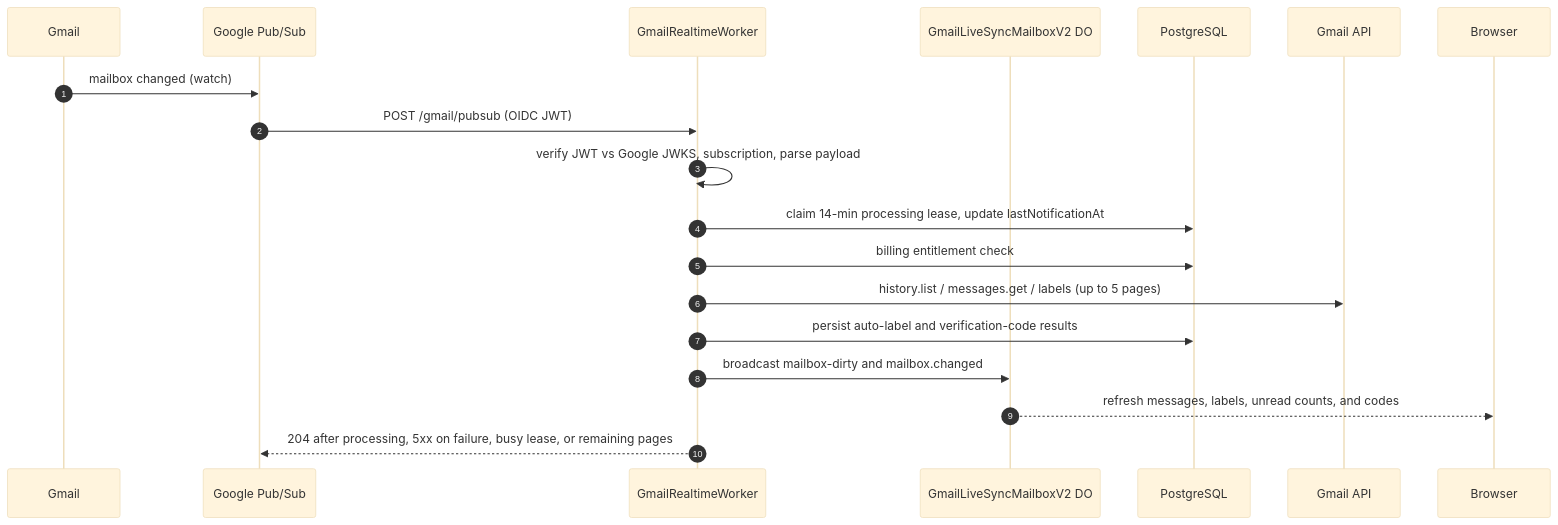
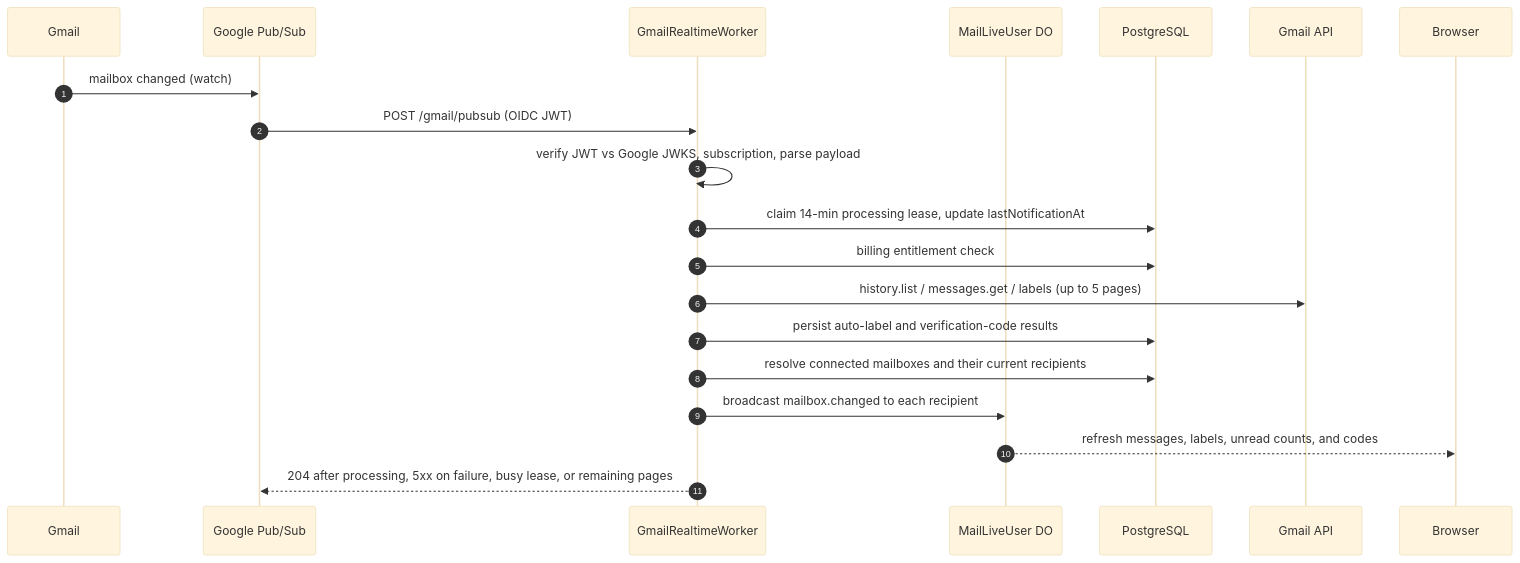
One commit to quieter-email/quieter changed the second of 6 diagrams in docs/infrastructure-map.md. Above: the diagram before and after it, drawn with Mermaid (base theme). The commit also changed other lines of this file and 13 other files, not shown here.

Commit message:
fix(mail): retire unauthorized legacy live-sync subscriptions (#450)

````diff
--- a/docs/infrastructure-map.md
+++ b/docs/infrastructure-map.md
@@ -153,22 +153,23 @@
 ```mermaid
 sequenceDiagram
     autonumber
     participant G as Gmail
     participant P as Google Pub/Sub
     participant W as GmailRealtimeWorker
-    participant D as GmailLiveSyncMailboxV2 DO
+    participant D as MailLiveUser DO
     participant DB as PostgreSQL
     participant A as Gmail API
     participant B as Browser
 
     G->>P: mailbox changed (watch)
     P->>W: POST /gmail/pubsub (OIDC JWT)
     W->>W: verify JWT vs Google JWKS, subscription, parse payload
     W->>DB: claim 14-min processing lease, update lastNotificationAt
     W->>DB: billing entitlement check
     W->>A: history.list / messages.get / labels (up to 5 pages)
     W->>DB: persist auto-label and verification-code results
-    W->>D: broadcast mailbox-dirty and mailbox.changed
+    W->>DB: resolve connected mailboxes and their current recipients
+    W->>D: broadcast mailbox.changed to each recipient
     D-->>B: refresh messages, labels, unread counts, and codes
     W-->>P: 204 after processing, 5xx on failure, busy lease, or remaining pages
 ```
````
